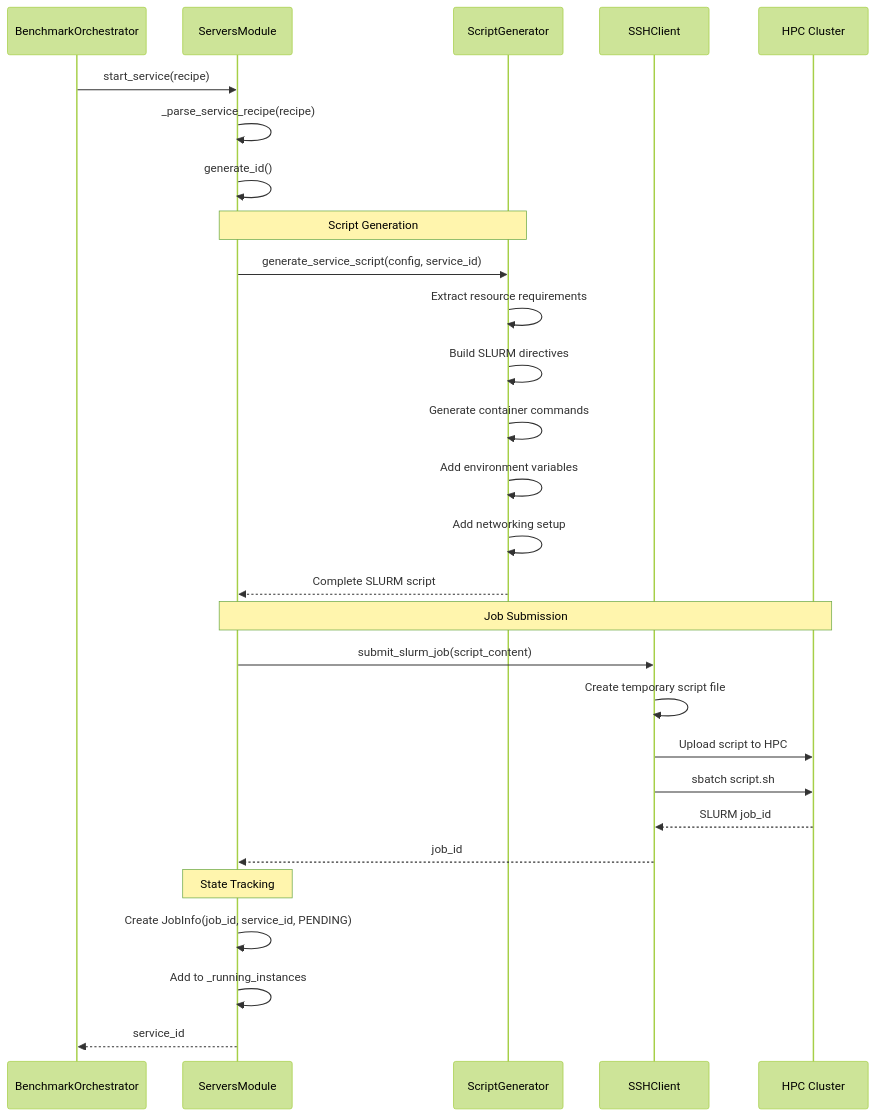
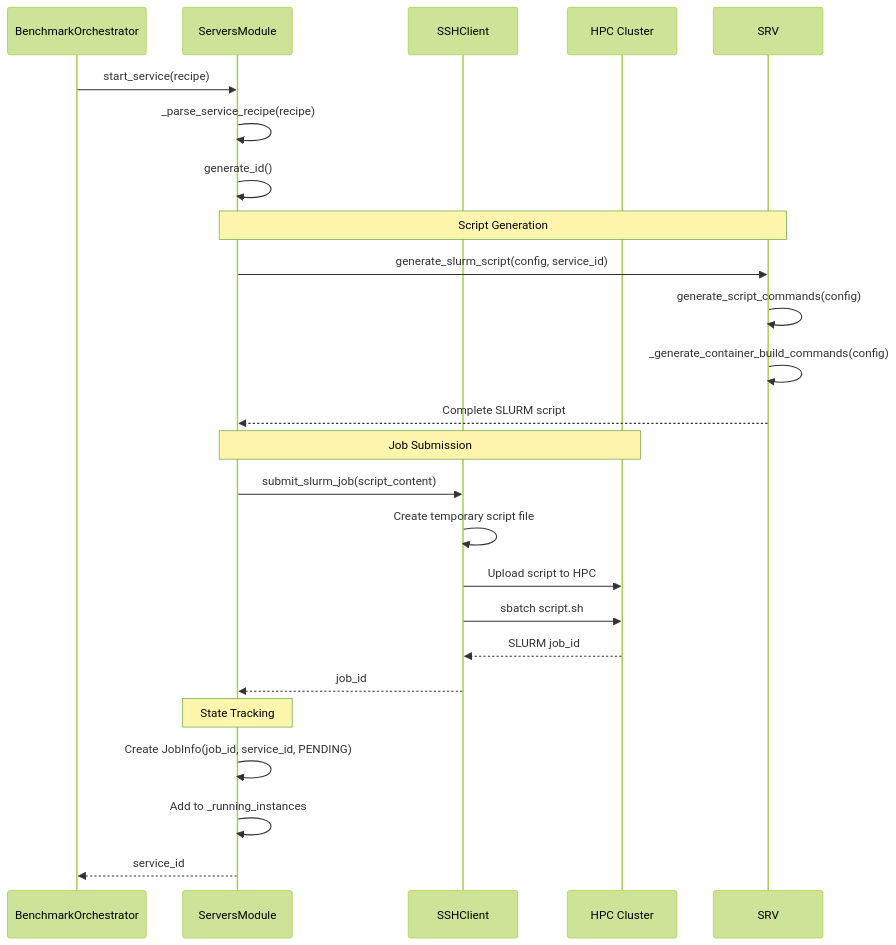
One commit to ChrisKarg/team10_EUMASTER4HPC2526_challenge changed the sixth of 8 diagrams in docs/ARCHITECTURE_DOCUMENTATION.md. Above: the diagram before and after it, drawn with Mermaid (forest theme). The commit also changed other lines of this file and 10 other files, not shown here.

First line of the commit message:
Changed script_generator design

````diff
--- a/docs/ARCHITECTURE_DOCUMENTATION.md
+++ b/docs/ARCHITECTURE_DOCUMENTATION.md
@@ -308,34 +373,30 @@
 ```mermaid
 sequenceDiagram
     participant BO as BenchmarkOrchestrator
     participant SM as ServersModule
-    participant SG as ScriptGenerator
     participant SSH as SSHClient
     participant HPC as HPC Cluster
     
     BO->>SM: start_service(recipe)
     SM->>SM: _parse_service_recipe(recipe)
     SM->>SM: generate_id()
     
-    Note over SM,SG: Script Generation
-    SM->>SG: generate_service_script(config, service_id)
-    SG->>SG: Extract resource requirements
-    SG->>SG: Build SLURM directives
-    SG->>SG: Generate container commands
-    SG->>SG: Add environment variables
-    SG->>SG: Add networking setup
-    SG-->>SM: Complete SLURM script
+    Note over SM,SRV: Script Generation
+    SM->>SRV: generate_slurm_script(config, service_id)
+    SRV->>SRV: generate_script_commands(config)
+    SRV->>SRV: _generate_container_build_commands(config)
+    SRV-->>SM: Complete SLURM script
     
     Note over SM,HPC: Job Submission
     SM->>SSH: submit_slurm_job(script_content)
     SSH->>SSH: Create temporary script file
     SSH->>HPC: Upload script to HPC
     SSH->>HPC: sbatch script.sh
     HPC-->>SSH: SLURM job_id
     SSH-->>SM: job_id
     
     Note over SM: State Tracking
     SM->>SM: Create JobInfo(job_id, service_id, PENDING)
     SM->>SM: Add to _running_instances
     SM-->>BO: service_id
 ```
````
